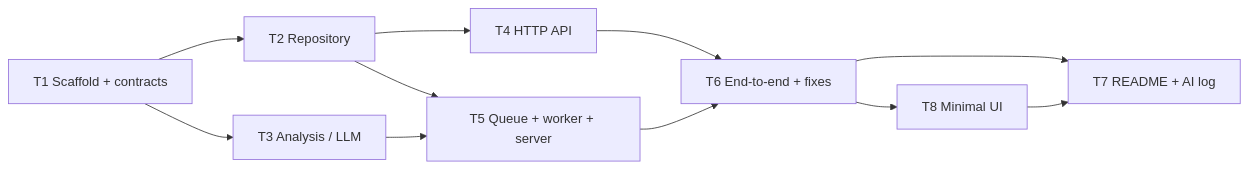
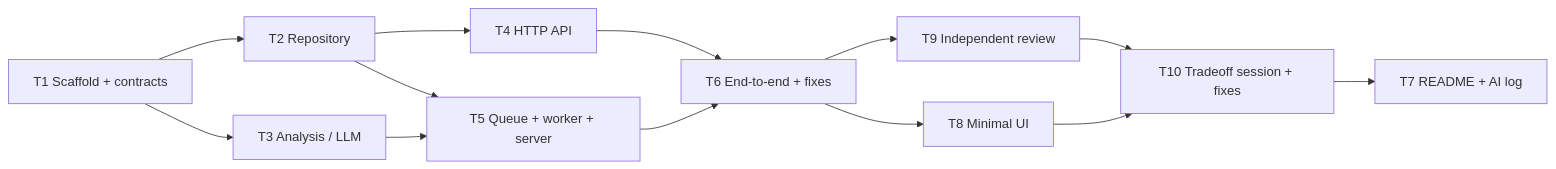
The diagram in docs/tasks/README.md (maormagori/fusion-home-task), drawn with Mermaid before and after one commit. The commit also changed other lines of this file and 3 other files, not shown here.

Commit message:
Add independent review and tradeoff session before the README

````diff
--- a/docs/tasks/README.md
+++ b/docs/tasks/README.md
@@ -6,13 +6,15 @@
 ```mermaid
 flowchart LR
     T1[T1 Scaffold + contracts] --> T2[T2 Repository]
     T1 --> T3[T3 Analysis / LLM]
     T2 --> T4[T4 HTTP API]
     T2 --> T5[T5 Queue + worker + server]
     T3 --> T5
     T4 --> T6[T6 End-to-end + fixes]
     T5 --> T6
     T6 --> T8[T8 Minimal UI]
-    T6 --> T7[T7 README + AI log]
-    T8 --> T7
+    T6 --> T9[T9 Independent review]
+    T9 --> T10[T10 Tradeoff session + fixes]
+    T8 --> T10
+    T10 --> T7[T7 README + AI log]
 ```
````
